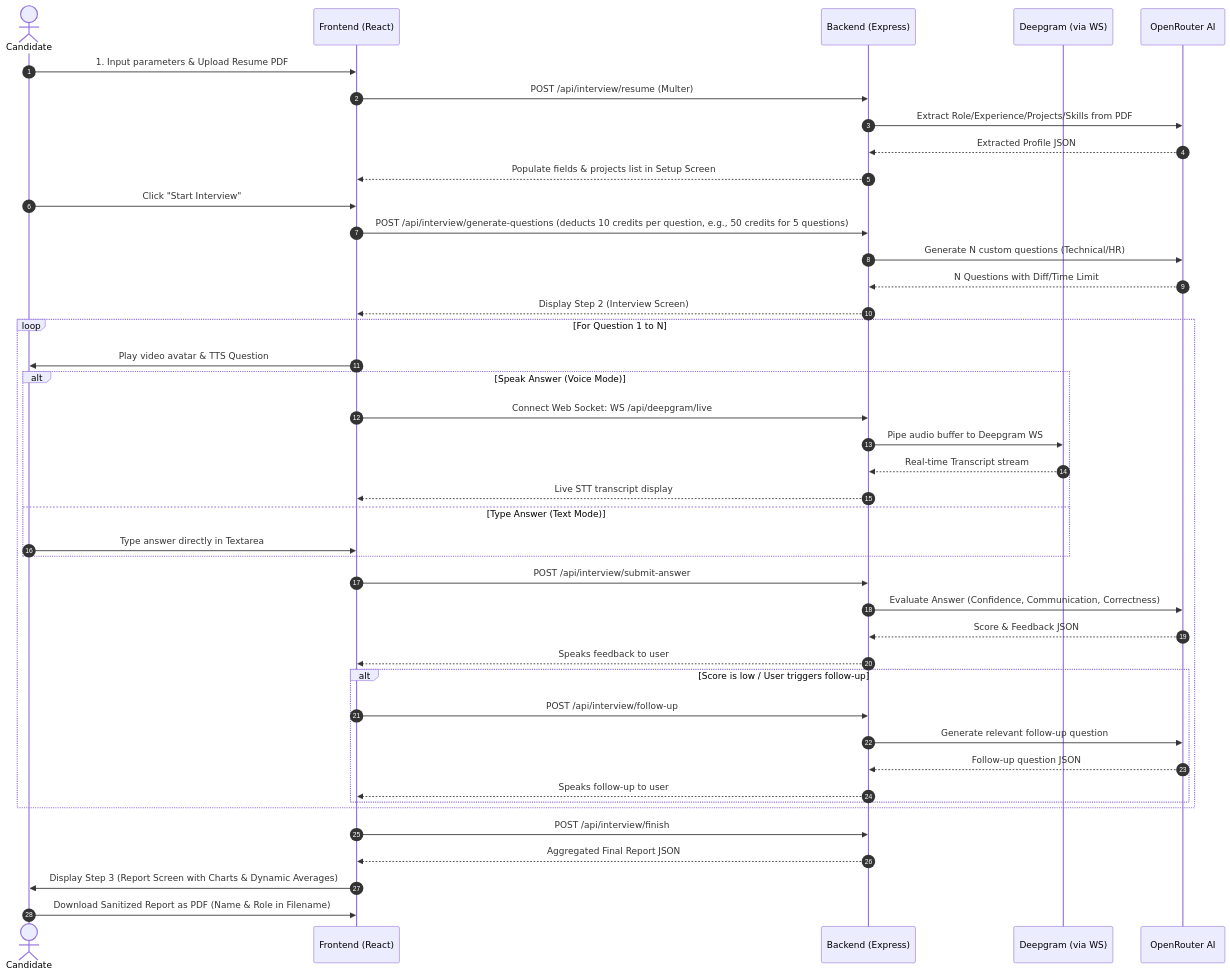
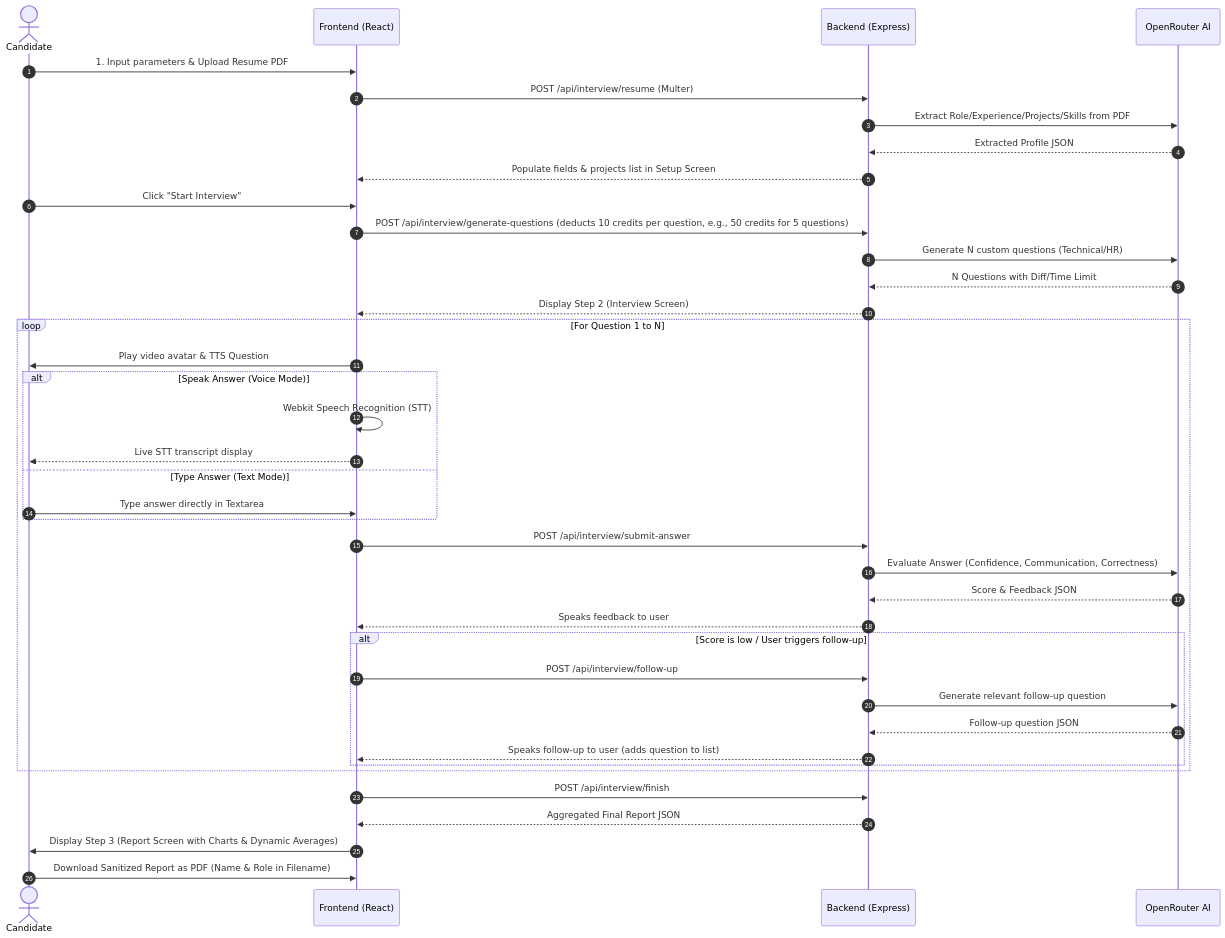
Before and after one commit to aarnav24/ai_mock_interview: the second of 2 diagrams in README.md, drawn with Mermaid. The commit also changed other lines of this file, not shown here.

Commit message:
refactor: remove Deepgram, Razorpay, Firebase, and draft storage dependencies to simplify architecture

````diff
--- a/README.md
+++ b/README.md
@@ -160,45 +137,42 @@
 ```mermaid
 sequenceDiagram
     autonumber
     actor User as Candidate
     participant FE as Frontend (React)
     participant BE as Backend (Express)
-    participant DG as Deepgram (via WS)
     participant AI as OpenRouter AI
 
     User->>FE: 1. Input parameters & Upload Resume PDF
     FE->>BE: POST /api/interview/resume (Multer)
     BE->>AI: Extract Role/Experience/Projects/Skills from PDF
     AI-->>BE: Extracted Profile JSON
     BE-->>FE: Populate fields & projects list in Setup Screen
     User->>FE: Click "Start Interview"
     FE->>BE: POST /api/interview/generate-questions (deducts 10 credits per question, e.g., 50 credits for 5 questions)
     BE->>AI: Generate N custom questions (Technical/HR)
     AI-->>BE: N Questions with Diff/Time Limit
     BE-->>FE: Display Step 2 (Interview Screen)
     loop For Question 1 to N
         FE->>User: Play video avatar & TTS Question
         alt Speak Answer (Voice Mode)
-            FE->>BE: Connect Web Socket: WS /api/deepgram/live
-            BE->>DG: Pipe audio buffer to Deepgram WS
-            DG-->>BE: Real-time Transcript stream
-            BE-->>FE: Live STT transcript display
+            FE->>FE: Webkit Speech Recognition (STT)
+            FE-->>User: Live STT transcript display
         else Type Answer (Text Mode)
             User->>FE: Type answer directly in Textarea
         end
         FE->>BE: POST /api/interview/submit-answer
         BE->>AI: Evaluate Answer (Confidence, Communication, Correctness)
         AI-->>BE: Score & Feedback JSON
         BE-->>FE: Speaks feedback to user
         alt Score is low / User triggers follow-up
             FE->>BE: POST /api/interview/follow-up
             BE->>AI: Generate relevant follow-up question
             AI-->>BE: Follow-up question JSON
-            BE-->>FE: Speaks follow-up to user
+            BE-->>FE: Speaks follow-up to user (adds question to list)
         end
     end
     FE->>BE: POST /api/interview/finish
     BE-->>FE: Aggregated Final Report JSON
     FE->>User: Display Step 3 (Report Screen with Charts & Dynamic Averages)
     User->>FE: Download Sanitized Report as PDF (Name & Role in Filename)
 ```
````
